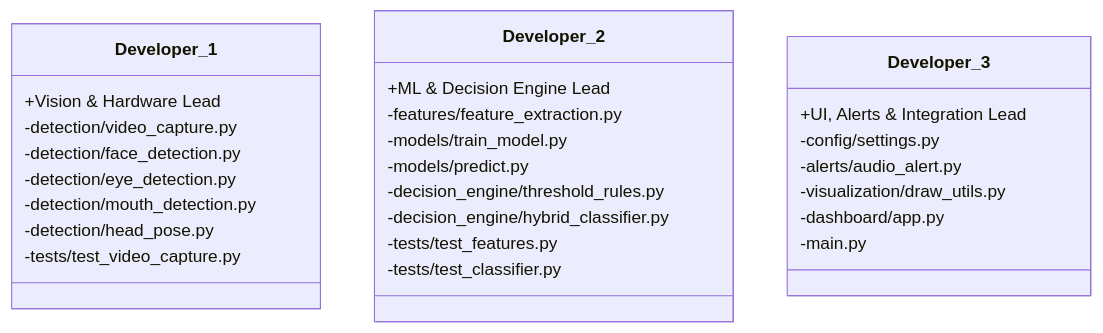
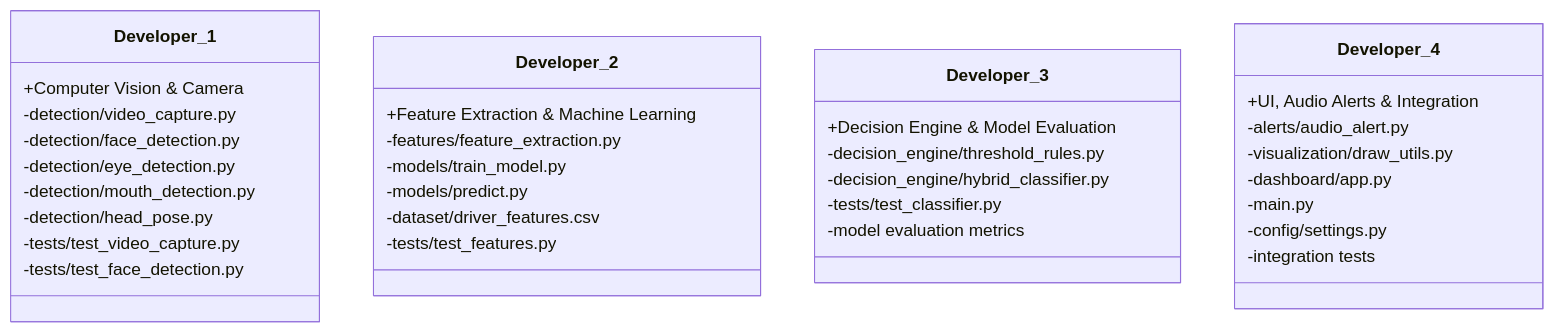
The third of 4 diagrams in docs/architecture.md (GoP4LJi/driver-fatigue-), drawn with Mermaid before and after one commit. The commit also changed other lines of this file and 7 other files, not shown here.

````diff
--- a/docs/architecture.md
+++ b/docs/architecture.md
@@ -153,30 +153,37 @@
 ```mermaid
 classDiagram
     class Developer_1 {
-        +Vision & Hardware Lead
+        +Computer Vision & Camera
         -detection/video_capture.py
         -detection/face_detection.py
         -detection/eye_detection.py
         -detection/mouth_detection.py
         -detection/head_pose.py
         -tests/test_video_capture.py
+        -tests/test_face_detection.py
     }
     class Developer_2 {
-        +ML & Decision Engine Lead
+        +Feature Extraction & Machine Learning
         -features/feature_extraction.py
         -models/train_model.py
         -models/predict.py
+        -dataset/driver_features.csv
+        -tests/test_features.py
+    }
+    class Developer_3 {
+        +Decision Engine & Model Evaluation
         -decision_engine/threshold_rules.py
         -decision_engine/hybrid_classifier.py
-        -tests/test_features.py
         -tests/test_classifier.py
+        -model evaluation metrics
     }
-    class Developer_3 {
-        +UI, Alerts & Integration Lead
-        -config/settings.py
+    class Developer_4 {
+        +UI, Audio Alerts & Integration
         -alerts/audio_alert.py
         -visualization/draw_utils.py
         -dashboard/app.py
         -main.py
+        -config/settings.py
+        -integration tests
     }
 ```
````
